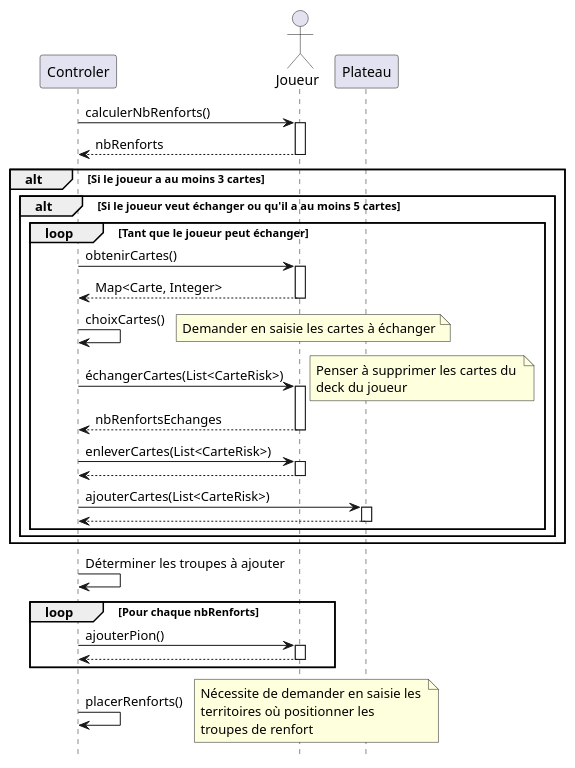
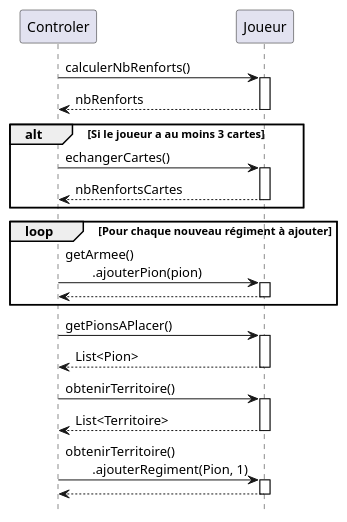
One commit to manuvai/risk2023 changed the diagram in docs/inc/renfort.puml. Above: the diagram before and after it, drawn with PlantUML. The commit also changed 5 other files, not shown here.

```diff
--- a/docs/inc/renfort.puml
+++ b/docs/inc/renfort.puml
@@ -1,49 +1,24 @@
 
 hide footbox
 
 participant "Controler" as ctrl
-actor "Joueur" as user
-participant "Plateau" as plat
+participant "Joueur" as user
 
 ctrl -> user ++: calculerNbRenforts()
 return nbRenforts
 
 alt Si le joueur a au moins 3 cartes
-    alt Si le joueur veut échanger ou qu'il a au moins 5 cartes
-        loop Tant que le joueur peut échanger
-            ctrl -> user ++: obtenirCartes()
-            return Map<Carte, Integer>
-
-            ctrl -> ctrl : choixCartes()
-            note right
-                Demander en saisie les cartes à échanger
-            end note
-            ctrl -> user ++: échangerCartes(List<CarteRisk>)
-                note right
-                    Penser à supprimer les cartes du 
-                    deck du joueur
-                end note
-            return nbRenfortsEchanges
-
-            ctrl -> user++: enleverCartes(List<CarteRisk>)
-            return
-
-            ctrl -> plat++:ajouterCartes(List<CarteRisk>)
-            return
-        end
-    end
+    ctrl -> user ++: echangerCartes()
+    return nbRenfortsCartes
 end
 
-ctrl -> ctrl : Déterminer les troupes à ajouter
-
-loop Pour chaque nbRenforts
-    ctrl -> user ++: ajouterPion()
+loop Pour chaque nouveau régiment à ajouter
+    ctrl -> user ++: getArmee()\n\t.ajouterPion(pion)
     return
-    
 end
-ctrl -> ctrl : placerRenforts()
-note right
-    Nécessite de demander en saisie les 
-    territoires où positionner les 
-    troupes de renfort
-end note
+ctrl -> user ++: getPionsAPlacer()
+return List<Pion>
+ctrl -> user ++: obtenirTerritoire()
+return List<Territoire>
+ctrl -> user ++: obtenirTerritoire()\n\t.ajouterRegiment(Pion, 1)
+return
```
